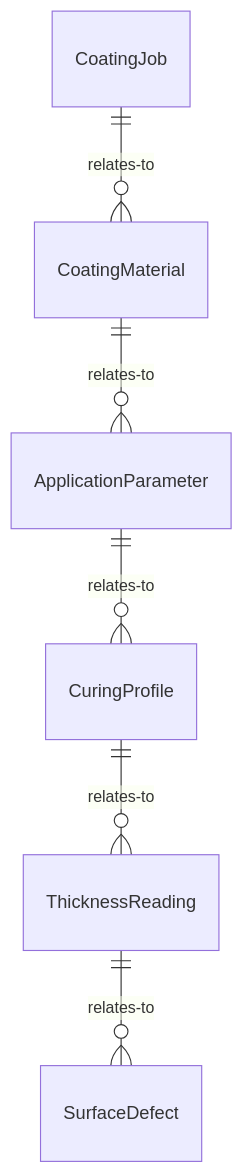
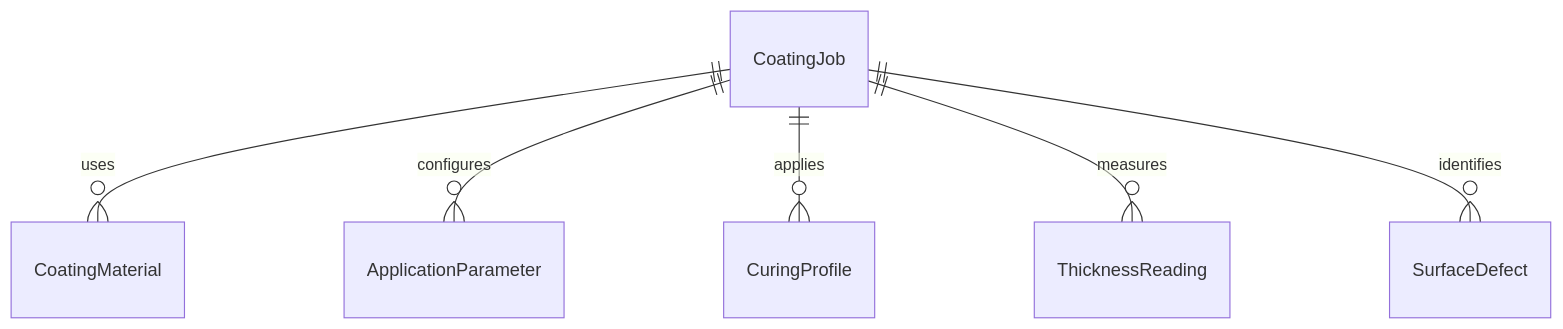
One commit to dot-org-ai/tasks.org.ai changed the first of 4 diagrams in ControllingMachinesAndProcesses/OperateIndustrialProcessingOrProductionEquipment/OperatePaintingCoatingEquipment.mdx. Above: the diagram before and after it, drawn with Mermaid. The commit also changed other lines of this file and 515 other files, not shown here.

````diff
--- a/ControllingMachinesAndProcesses/OperateIndustrialProcessingOrProductionEquipment/OperatePaintingCoatingEquipment.mdx
+++ b/ControllingMachinesAndProcesses/OperateIndustrialProcessingOrProductionEquipment/OperatePaintingCoatingEquipment.mdx
@@ -88,8 +88,8 @@
 ```mermaid
 erDiagram
-    CoatingJob ||--o{ CoatingMaterial : relates-to
-    CoatingMaterial ||--o{ ApplicationParameter : relates-to
-    ApplicationParameter ||--o{ CuringProfile : relates-to
-    CuringProfile ||--o{ ThicknessReading : relates-to
-    ThicknessReading ||--o{ SurfaceDefect : relates-to
+    CoatingJob ||--o{ CoatingMaterial : uses
+    CoatingJob ||--o{ ApplicationParameter : configures
+    CoatingJob ||--o{ CuringProfile : applies
+    CoatingJob ||--o{ ThicknessReading : measures
+    CoatingJob ||--o{ SurfaceDefect : identifies
 ```
````
